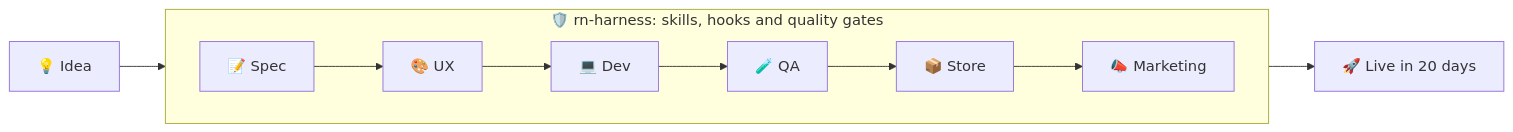
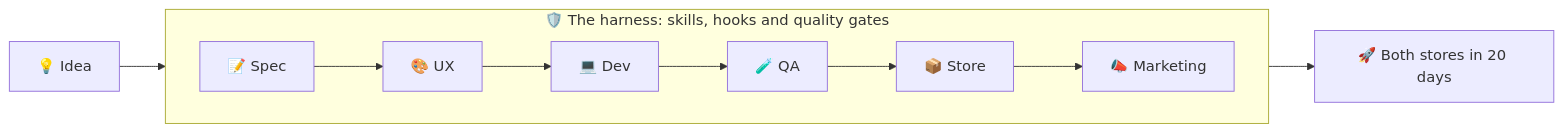
The second of 2 diagrams in README.md (Jujubalandia/Jujubalandia), drawn with Mermaid before and after one commit. The commit also changed other lines of this file, not shown here.

````diff
--- a/README.md
+++ b/README.md
@@ -59,9 +65,9 @@
 ```mermaid
 flowchart LR
     I["💡 Idea"] --> H
-    subgraph H["🛡️ rn-harness: skills, hooks and quality gates"]
+    subgraph H["🛡️ The harness: skills, hooks and quality gates"]
         direction LR
         A["📝 Spec"] --> B["🎨 UX"] --> C["💻 Dev"] --> D["🧪 QA"] --> E["📦 Store"] --> F["📣 Marketing"]
     end
-    H --> L["🚀 Live in 20 days"]
+    H --> L["🚀 Both stores in 20 days"]
 ```
````
